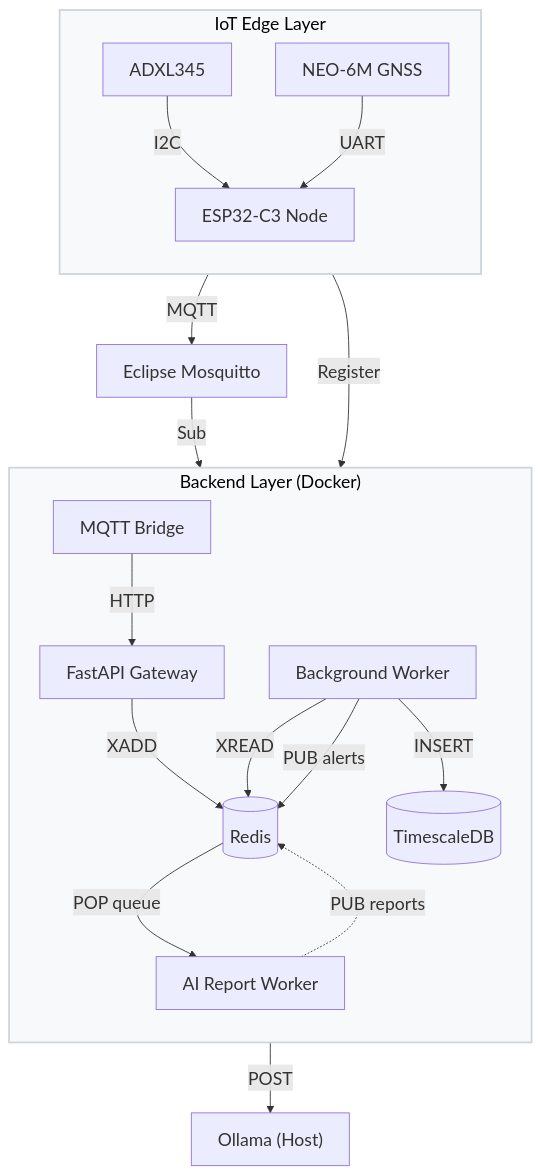
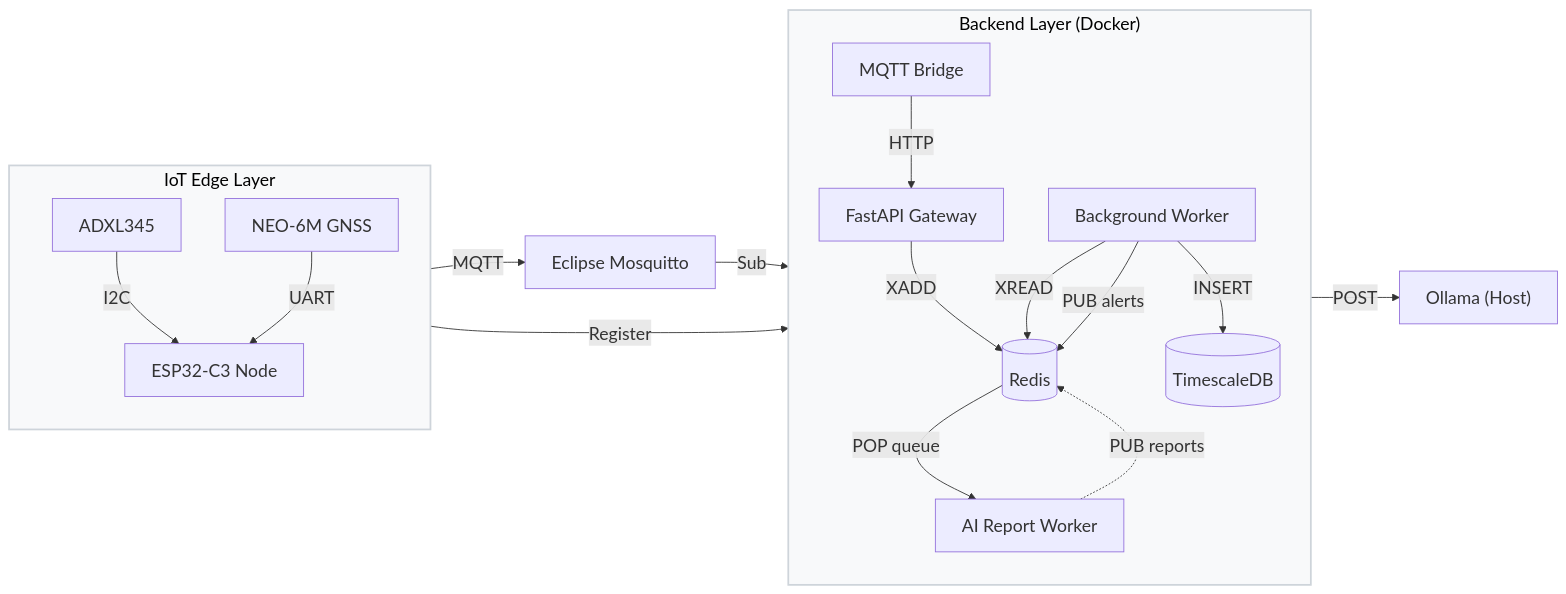
Before and after one commit to GiZano/QuakeGuard: the second of 3 diagrams in docs/diagrams/c4-context.md, drawn with Mermaid. The commit also changed 1 other file, not shown here.

Commit message:
docs(whitepaper): change Figure 2 layout to LR to prevent page cutoff

````diff
--- a/docs/diagrams/c4-context.md
+++ b/docs/diagrams/c4-context.md
@@ -59,43 +59,43 @@
 ```mermaid
 %%{init: {"themeVariables": {"fontSize": "20px"}}}%%
-flowchart TD
+flowchart LR
     subgraph edge["IoT Edge Layer"]
         direction TB
         adxl["ADXL345"]
         gnss["NEO-6M GNSS"]
         esp32["ESP32-C3 Node"]
         adxl -- "I2C" --> esp32
         gnss -- "UART" --> esp32
     end
 
     mosquitto["Eclipse Mosquitto"]
 
     subgraph backend["Backend Layer (Docker)"]
         direction TB
         worker["Background Worker"]
         mqtt_bridge["MQTT Bridge"]
         api["FastAPI Gateway"]
         redis[("Redis")]
         ai_worker["AI Report Worker"]
         postgres[("TimescaleDB")]
 
         mqtt_bridge -- "HTTP" --> api
         api -- "XADD" --> redis
         worker -- "XREAD" --> redis
         worker -- "INSERT" --> postgres
         worker -- "PUB alerts" --> redis
         redis -- "POP queue" --> ai_worker
     end
 
     ollama["Ollama (Host)"]
 
     esp32 -- "Register" --> api
     esp32 -- "MQTT" --> mosquitto
     mosquitto -- "Sub" --> mqtt_bridge
 
     ai_worker -- "POST" --> ollama
     ai_worker -. "PUB reports" .-> redis
 
     style edge fill:#f8f9fa,stroke:#ced4da,stroke-width:2px,color:#000
     style backend fill:#f8f9fa,stroke:#ced4da,stroke-width:2px,color:#000
 ```
````
